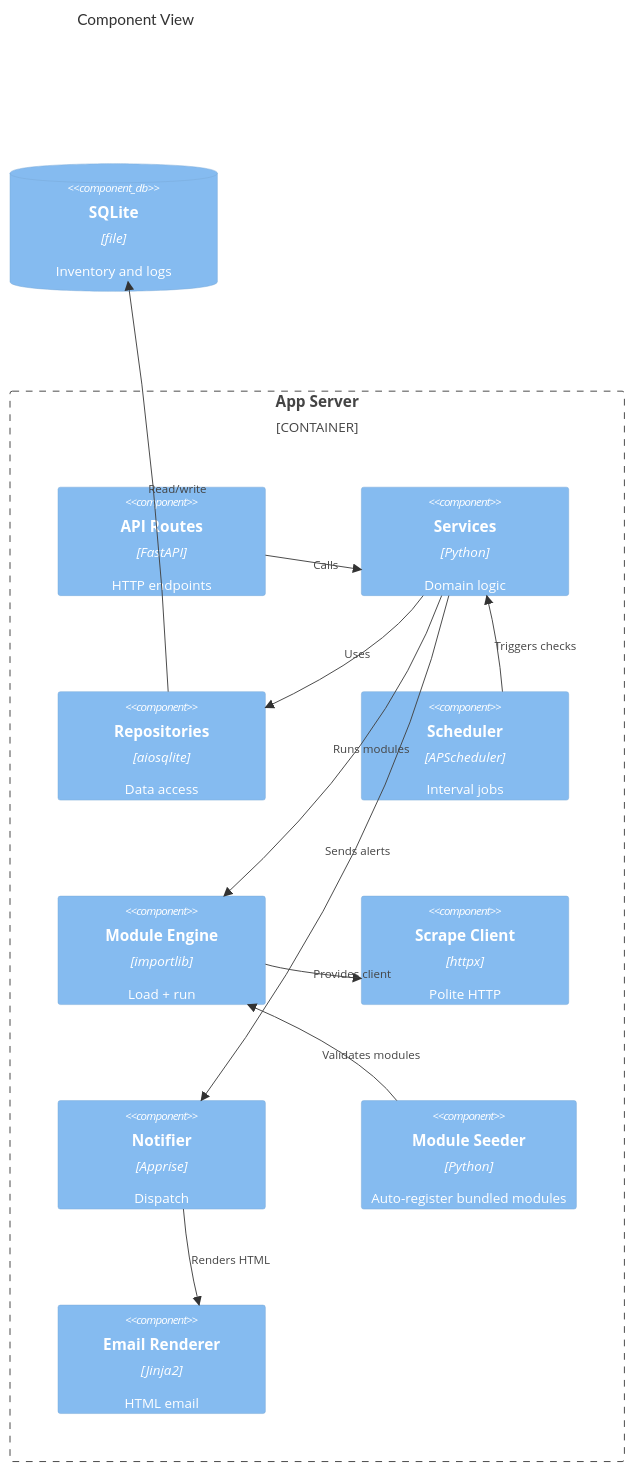
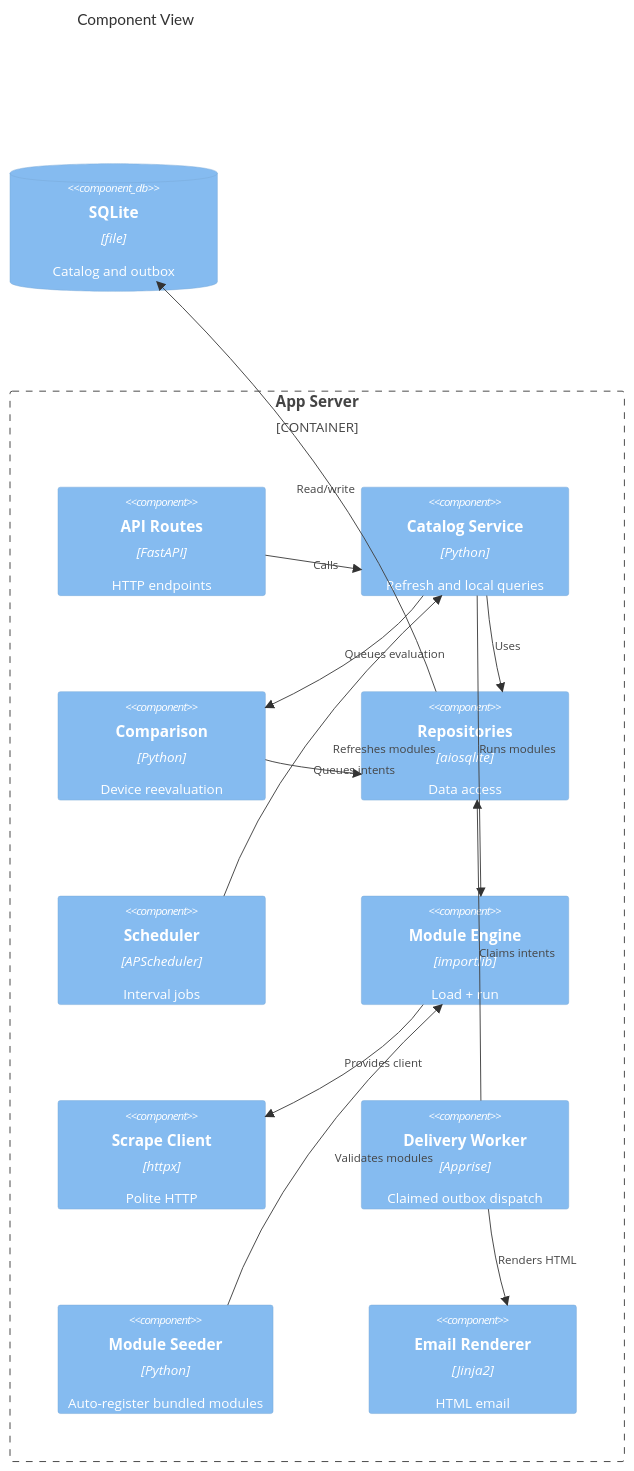
Before and after one commit to attilaszasz/Binocular: the third of 5 diagrams in specs/sad.md, drawn with Mermaid. The commit also changed other lines of this file and 19 other files, not shown here.

First line of the commit message:
Amend bootstrap artifacts for local catalog-first discovery

````diff
--- a/specs/sad.md
+++ b/specs/sad.md
@@ -67,25 +67,28 @@
 ```mermaid
 C4Component
     title Component View
     Container_Boundary(api, "App Server") {
         Component(routes, "API Routes", "FastAPI", "HTTP endpoints")
-        Component(services, "Services", "Python", "Domain logic")
+        Component(services, "Catalog Service", "Python", "Refresh and local queries")
+        Component(comparison, "Comparison", "Python", "Device reevaluation")
         Component(repos, "Repositories", "aiosqlite", "Data access")
         Component(scheduler, "Scheduler", "APScheduler", "Interval jobs")
         Component(engine, "Module Engine", "importlib", "Load + run")
         Component(httpcli, "Scrape Client", "httpx", "Polite HTTP")
-        Component(notifier, "Notifier", "Apprise", "Dispatch")
+        Component(notifier, "Delivery Worker", "Apprise", "Claimed outbox dispatch")
         Component(seeder, "Module Seeder", "Python", "Auto-register bundled modules")
         Component(emailrender, "Email Renderer", "Jinja2", "HTML email")
     }
-    ComponentDb(db, "SQLite", "file", "Inventory and logs")
+    ComponentDb(db, "SQLite", "file", "Catalog and outbox")
     Rel(routes, services, "Calls")
     Rel(services, repos, "Uses")
     Rel(repos, db, "Read/write")
-    Rel(scheduler, services, "Triggers checks")
+    Rel(scheduler, services, "Refreshes modules")
     Rel(services, engine, "Runs modules")
     Rel(engine, httpcli, "Provides client")
-    Rel(services, notifier, "Sends alerts")
+    Rel(services, comparison, "Queues evaluation")
+    Rel(comparison, repos, "Queues intents")
+    Rel(notifier, repos, "Claims intents")
     Rel(notifier, emailrender, "Renders HTML")
     Rel(seeder, engine, "Validates modules")
 ```
````
